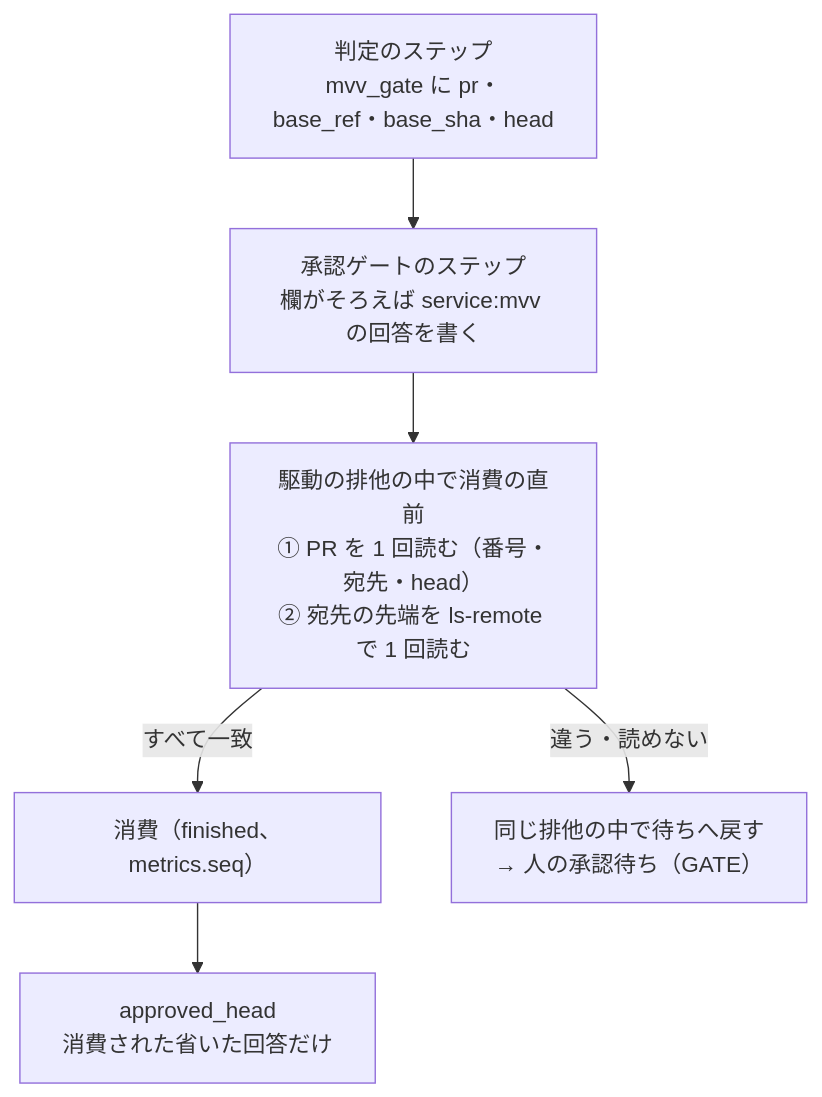
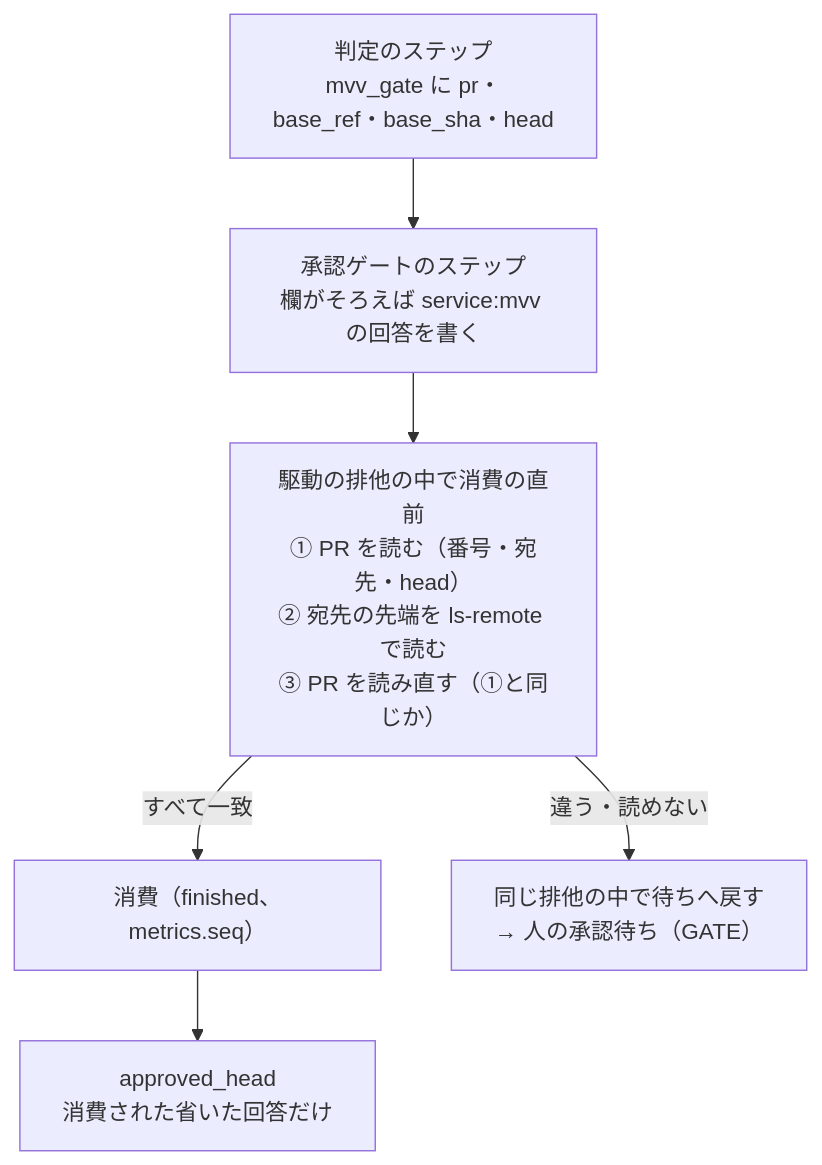
The second of 3 diagrams in issues/issue-4106-design.md (devbasex/ai-plugins), drawn with Mermaid before and after one commit. The commit also changed other lines of this file and 2 other files, not shown here.

Commit message:
Docs: #4106 の設計を cross-review 1 周目の指摘で直す（PR の読み直し・照合の上限・理由から例外の文字列を除く・読めない PR でも待ちの表示を返す・読まない省いた回答では省き直さない・approved_head は生の最新の回答から・読む側の配線と scope の並び）

````diff
--- a/issues/issue-4106-design.md
+++ b/issues/issue-4106-design.md
@@ -43,8 +43,8 @@
 ```mermaid
 flowchart TD
   J["判定のステップ<br/>mvv_gate に pr・base_ref・base_sha・head"] --> W["承認ゲートのステップ<br/>欄がそろえば service:mvv の回答を書く"]
-  W --> L["駆動の排他の中で消費の直前<br/>① PR を 1 回読む（番号・宛先・head）<br/>② 宛先の先端を ls-remote で 1 回読む"]
+  W --> L["駆動の排他の中で消費の直前<br/>① PR を読む（番号・宛先・head）<br/>② 宛先の先端を ls-remote で読む<br/>③ PR を読み直す（①と同じか）"]
   L -->|すべて一致| C["消費（finished、metrics.seq）"]
   L -->|違う・読めない| R["同じ排他の中で待ちへ戻す<br/>→ 人の承認待ち（GATE）"]
   C --> H["approved_head<br/>消費された省いた回答だけ"]
 ```
````
